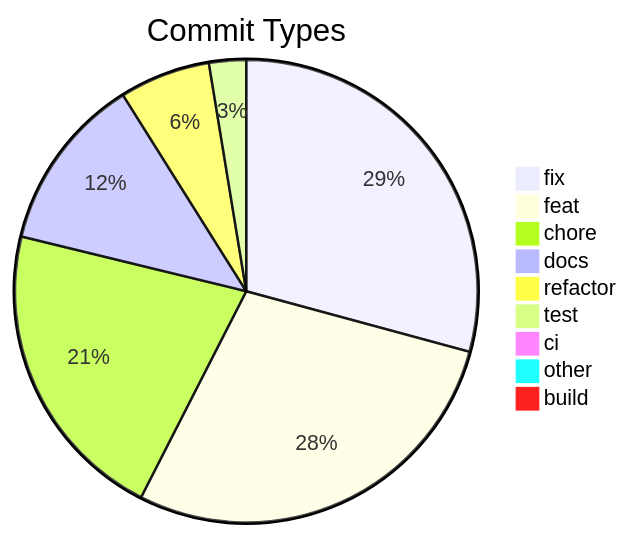
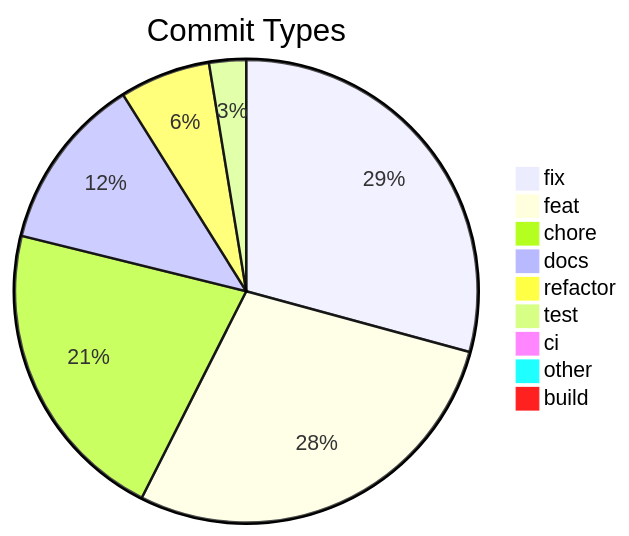
One commit to svenroth-ai/shipwright changed the diagram in .shipwright/compliance/change-history.md. Above: the diagram before and after it, drawn with Mermaid. The commit also changed other lines of this file and 9 other files, not shown here.

````diff
--- a/.shipwright/compliance/change-history.md
+++ b/.shipwright/compliance/change-history.md
@@ -9,12 +9,12 @@
 ```mermaid
 pie title Commit Types
-    "fix" : 350
+    "fix" : 351
     "feat" : 339
-    "chore" : 255
+    "chore" : 257
     "docs" : 147
     "refactor" : 76
     "test" : 31
     "ci" : 11
     "other" : 9
     "build" : 1
 ```
````
